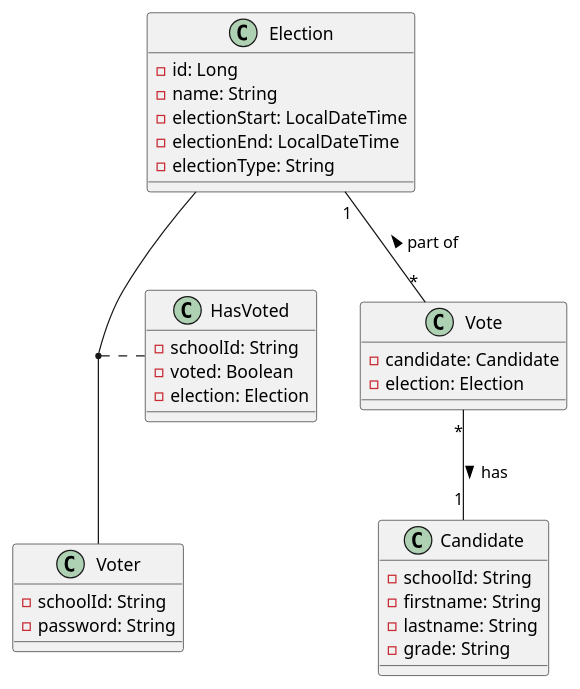
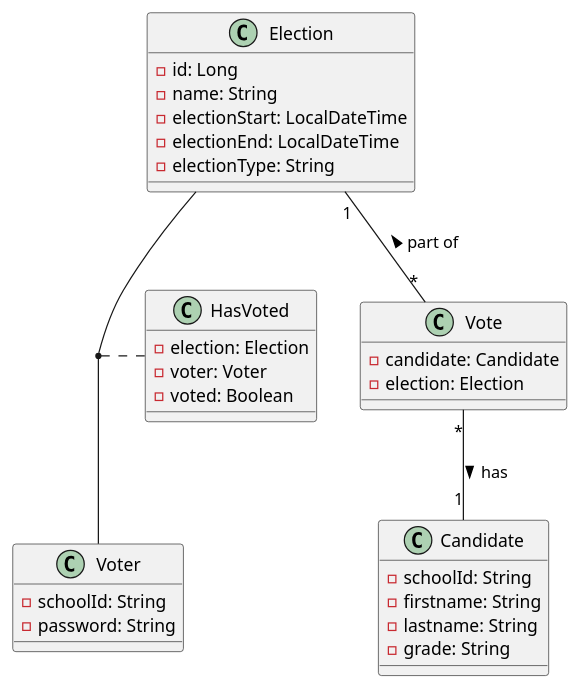
The diagram in asciidocs/plantuml/cldIdea.puml (2324-4bhif-syp/2324-4bhif-syp-project-leovote), drawn with PlantUML before and after one commit.

Commit message:
fix: wrong reference in cldIdea.puml

```diff
--- a/asciidocs/plantuml/cldIdea.puml
+++ b/asciidocs/plantuml/cldIdea.puml
@@ -1,38 +1,38 @@
 @startuml
 
 class Election {
     - id: Long
     - name: String
     - electionStart: LocalDateTime
     - electionEnd: LocalDateTime
     - electionType: String
 }
 
 class HasVoted {
-    - schoolId: String
+    - election: Election
+    - voter: Voter
     - voted: Boolean
-    - election: Election
 }
 
 class Vote {
     - candidate: Candidate
     - election: Election
 }
 
 class Voter {
     - schoolId: String
     - password: String
 }
 
 class Candidate {
    - schoolId: String
    - firstname: String
    - lastname: String
    - grade: String
 }
 
 Vote   "*"--"1" Candidate  : > has
 (Election, Voter) .. HasVoted
 Election "1"--"*" Vote : < part of
 
 @enduml
```
